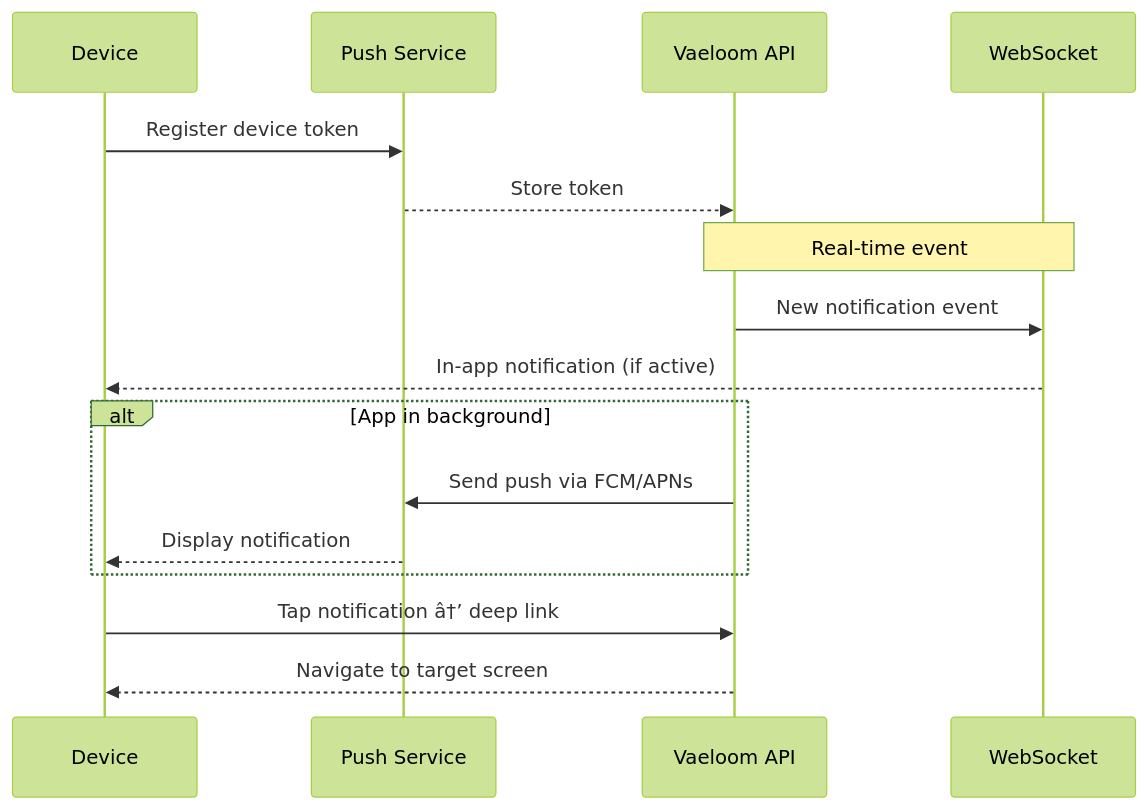
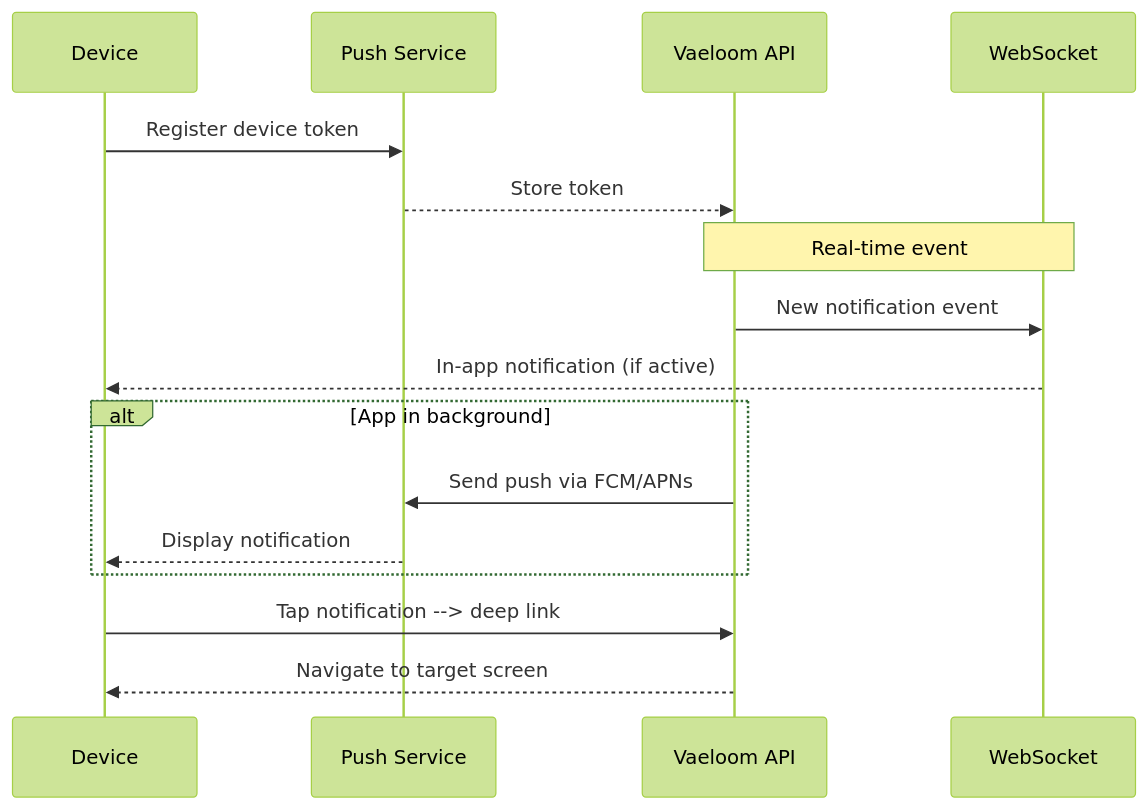
The third of 5 diagrams in Docs/Frontend/Mobile-Architecture.md (Driftloom/Vaeloom), drawn with Mermaid (forest theme) before and after one commit. The commit also changed other lines of this file and 24 other files, not shown here.

Commit message:
docs(frontend): add UI architecture, design system, a11y, theme, and previews

````diff
--- a/Docs/Frontend/Mobile-Architecture.md
+++ b/Docs/Frontend/Mobile-Architecture.md
@@ -124,22 +124,22 @@
 ```mermaid
 sequenceDiagram
     participant U as Device
     participant P as Push Service
     participant API as Vaeloom API
     participant W as WebSocket
 
     U->>P: Register device token
     P-->>API: Store token
     
     Note over API,W: Real-time event
     API->>W: New notification event
     W-->>U: In-app notification (if active)
     
     alt App in background
         API->>P: Send push via FCM/APNs
         P-->>U: Display notification
     end
     
-    U->>API: Tap notification â†’ deep link
+    U->>API: Tap notification --> deep link
     API-->>U: Navigate to target screen
 ```
````
